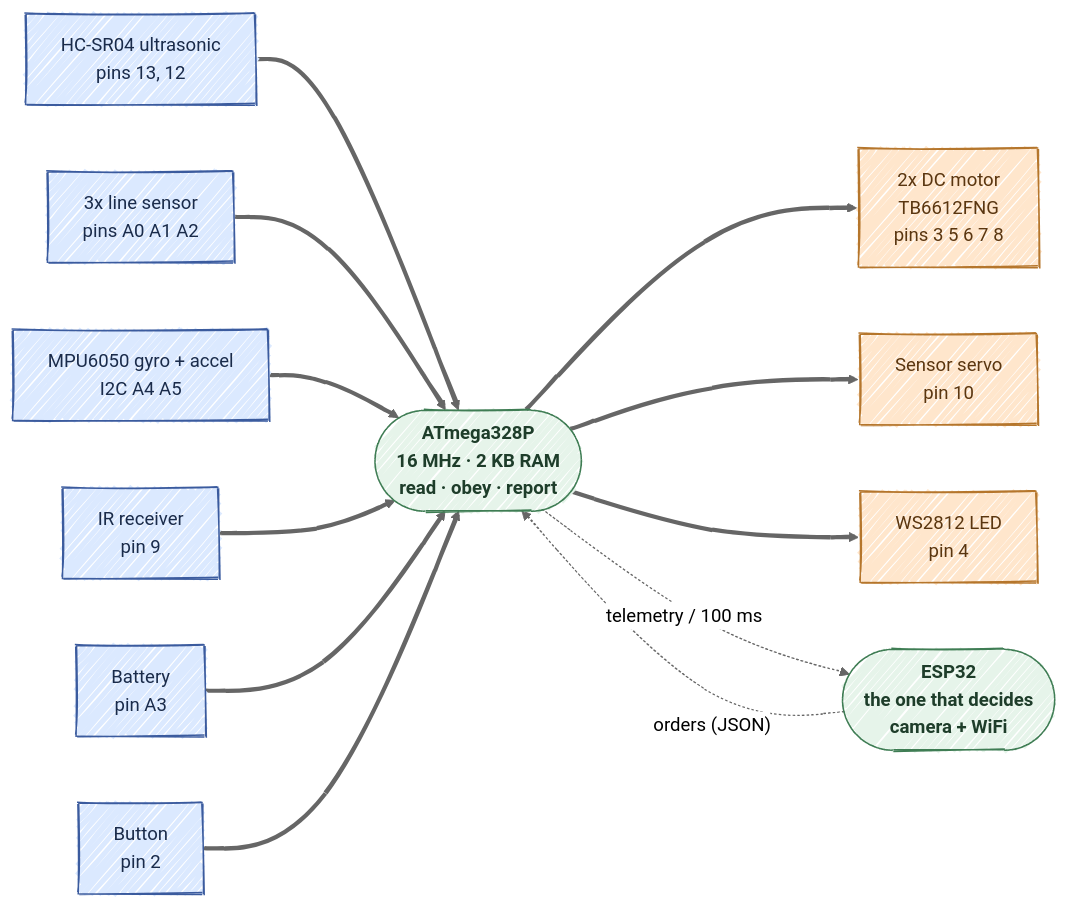
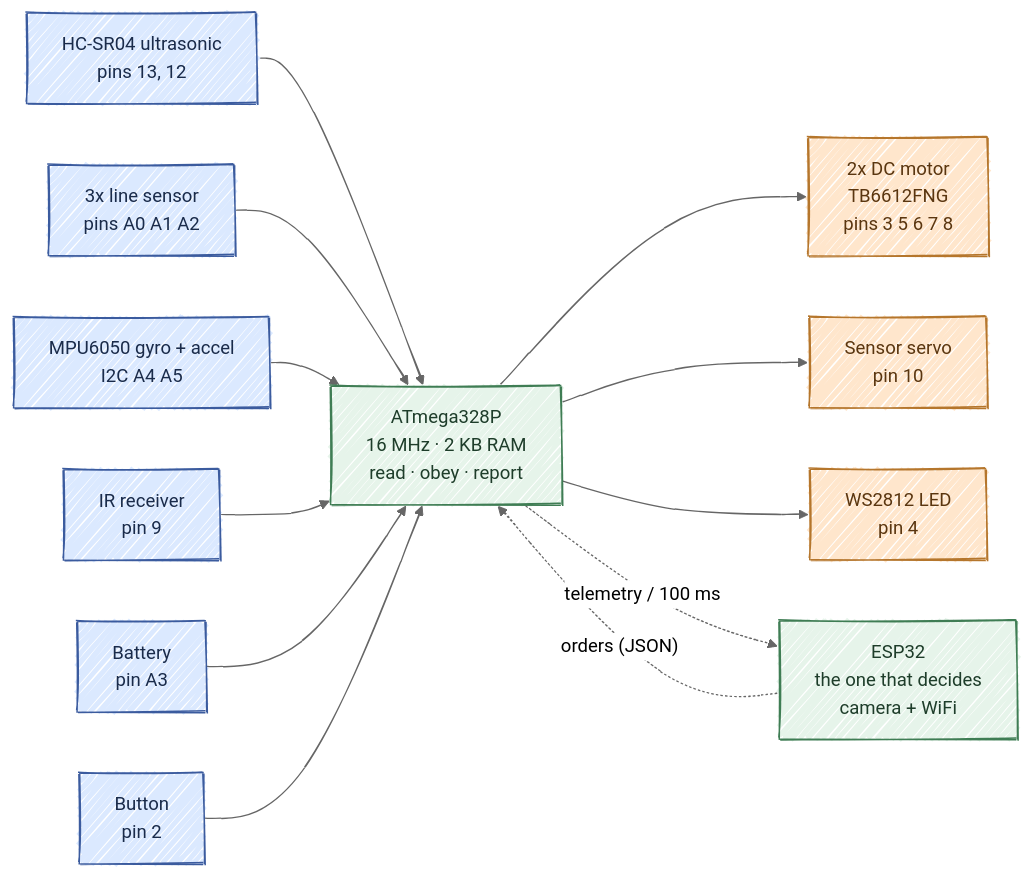
Before and after one commit to Adc-alt/elegoo-smartcar-firmware-atmega328p: the first of 2 diagrams in README.md, drawn with Mermaid.

Commit message:
docs: fix mermaid syntax GitHub could not parse (drop &, ==>, :::, stadium)

````diff
--- a/README.md
+++ b/README.md
@@ -109,34 +109,42 @@
 ```mermaid
 ---
 config:
   look: handDrawn
   theme: neutral
-  flowchart:
-    nodeSpacing: 55
-    rankSpacing: 90
 ---
 flowchart LR
-    HC["HC-SR04 ultrasonic<br/>pins 13, 12"]:::sense
-    LINE["3x line sensor<br/>pins A0 A1 A2"]:::sense
-    MPU["MPU6050 gyro + accel<br/>I2C A4 A5"]:::sense
-    IR["IR receiver<br/>pin 9"]:::sense
-    BAT["Battery<br/>pin A3"]:::sense
-    SW["Button<br/>pin 2"]:::sense
+    HC["HC-SR04 ultrasonic<br/>pins 13, 12"]
+    LINE["3x line sensor<br/>pins A0 A1 A2"]
+    MPU["MPU6050 gyro + accel<br/>I2C A4 A5"]
+    IR["IR receiver<br/>pin 9"]
+    BAT["Battery<br/>pin A3"]
+    SW["Button<br/>pin 2"]
 
-    ATMEGA(["<b>ATmega328P</b><br/>16 MHz · 2 KB RAM<br/>read · obey · report"]):::mcu
+    ATMEGA["ATmega328P<br/>16 MHz · 2 KB RAM<br/>read · obey · report"]
 
-    MOT["2x DC motor<br/>TB6612FNG<br/>pins 3 5 6 7 8"]:::muscle
-    SERVO["Sensor servo<br/>pin 10"]:::muscle
-    LED["WS2812 LED<br/>pin 4"]:::muscle
+    MOT["2x DC motor<br/>TB6612FNG<br/>pins 3 5 6 7 8"]
+    SERVO["Sensor servo<br/>pin 10"]
+    LED["WS2812 LED<br/>pin 4"]
 
-    ESP(["<b>ESP32</b><br/>the one that decides<br/>camera + WiFi"]):::mcu
+    ESP["ESP32<br/>the one that decides<br/>camera + WiFi"]
 
-    HC & LINE & MPU & IR & BAT & SW ==> ATMEGA
-    ATMEGA ==> MOT & SERVO & LED
-    ESP -. "orders (JSON)" .-> ATMEGA
-    ATMEGA -. "telemetry / 100 ms" .-> ESP
+    HC --> ATMEGA
+    LINE --> ATMEGA
+    MPU --> ATMEGA
+    IR --> ATMEGA
+    BAT --> ATMEGA
+    SW --> ATMEGA
+    ATMEGA --> MOT
+    ATMEGA --> SERVO
+    ATMEGA --> LED
+    ESP -.->|"orders (JSON)"| ATMEGA
+    ATMEGA -.->|"telemetry / 100 ms"| ESP
 
     classDef sense  fill:#dbe9ff,stroke:#3b5b9e,color:#1a2b4a
     classDef muscle fill:#ffe6cc,stroke:#b5762c,color:#5a3610
-    classDef mcu    fill:#e6f4ea,stroke:#3f7d54,color:#1e3d2a,font-weight:bold
+    classDef mcu    fill:#e6f4ea,stroke:#3f7d54,color:#1e3d2a
+
+    class HC,LINE,MPU,IR,BAT,SW sense
+    class MOT,SERVO,LED muscle
+    class ATMEGA,ESP mcu
 ```
````
